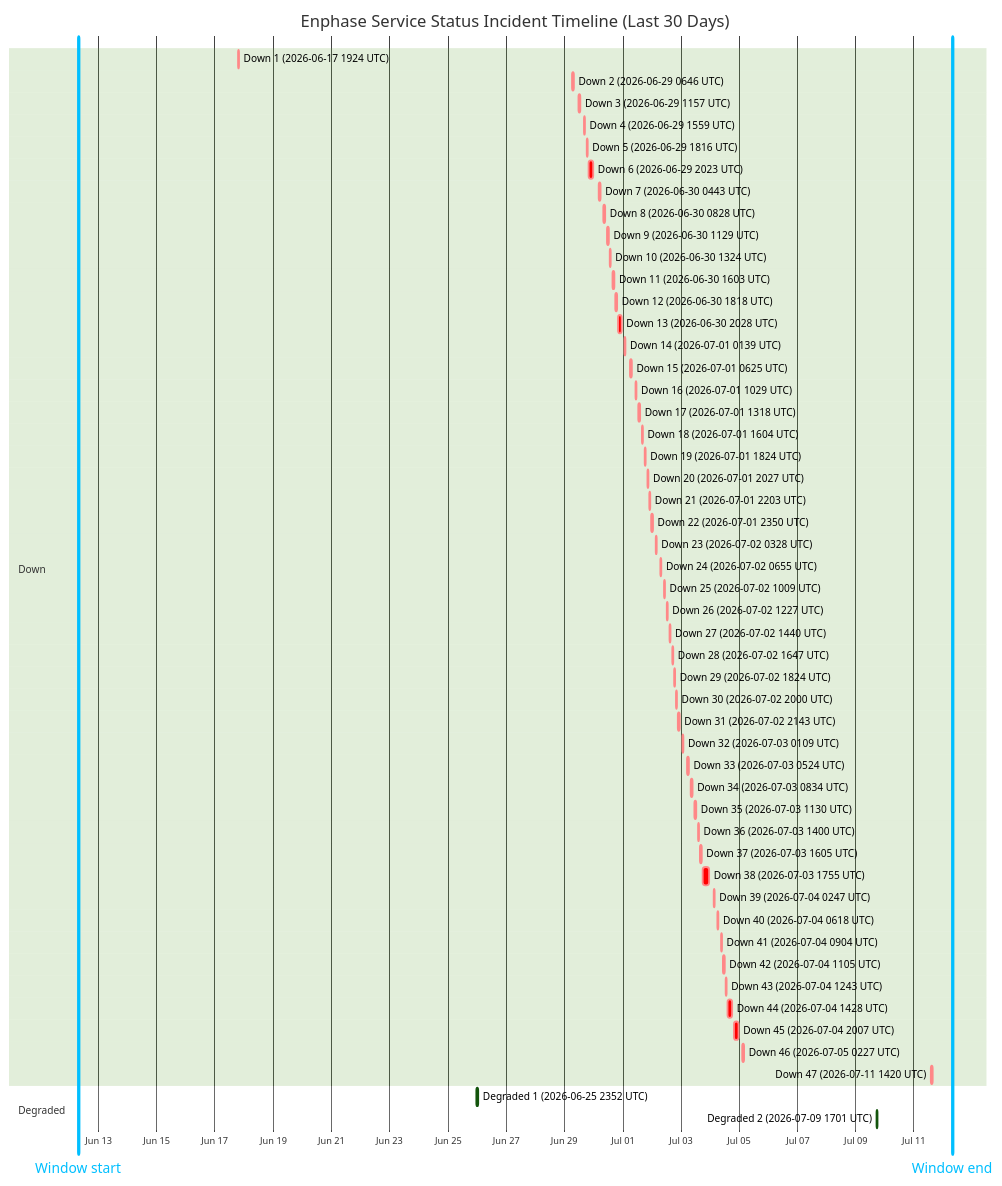
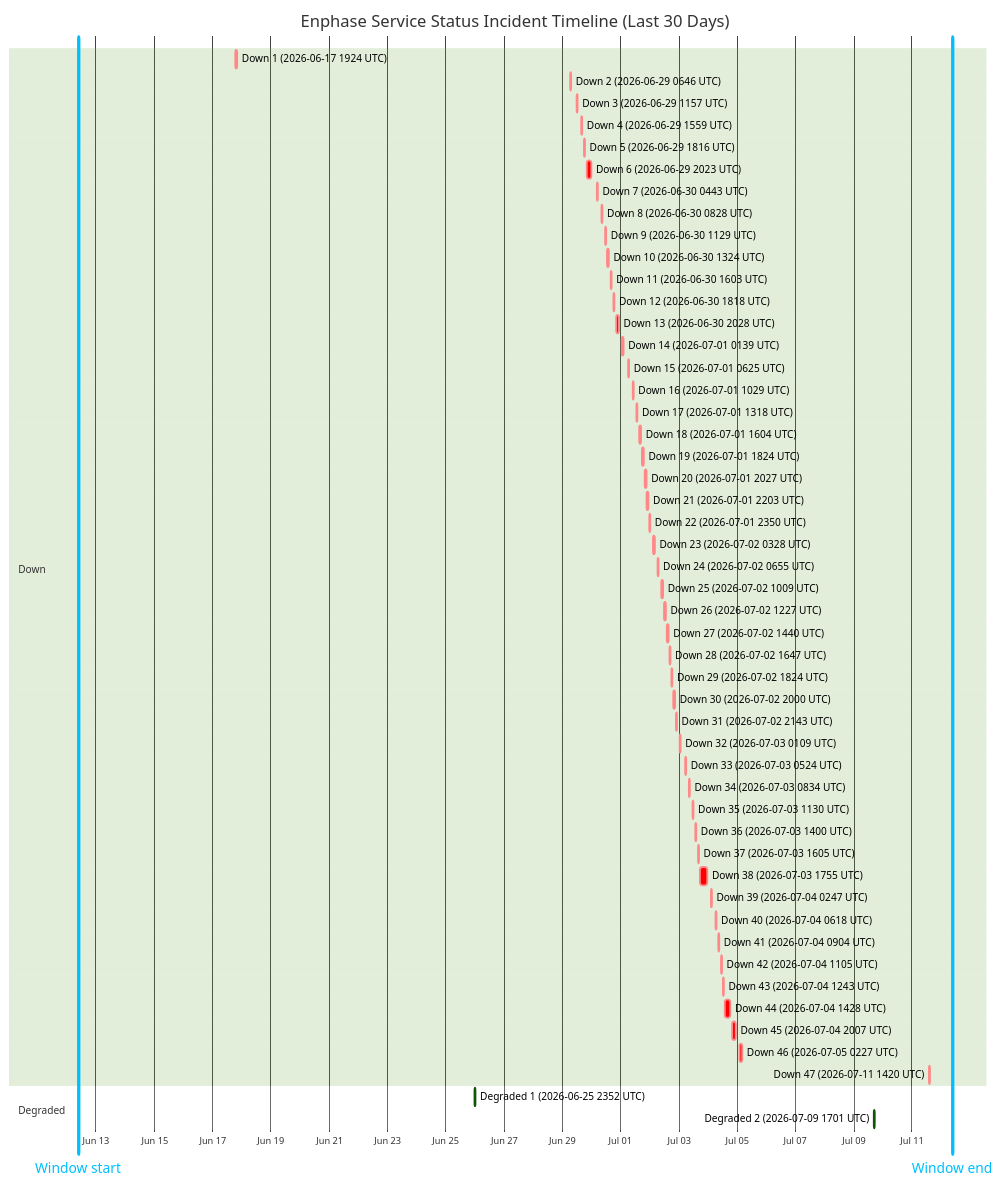
One commit to barneyonline/ha-enphase-energy changed the diagram in wiki/Service-Status-History.md. Above: the diagram before and after it, drawn with Mermaid (forest theme). The commit also changed other lines of this file and 3 other files, not shown here.

````diff
--- a/wiki/Service-Status-History.md
+++ b/wiki/Service-Status-History.md
@@ -14,59 +14,59 @@
 ```mermaid
 gantt
     title Enphase Service Status Incident Timeline (Last 30 Days)
     dateFormat  YYYY-MM-DDTHH:mm:ss
     axisFormat  %b %d
-    Window start :vert, window-start, 2026-06-12T07:27:37, 0ms
-    Window end :vert, window-end, 2026-07-12T07:27:37, 0ms
+    Window start :vert, window-start, 2026-06-12T09:27:12, 0ms
+    Window end :vert, window-end, 2026-07-12T09:27:12, 0ms
     section Down
     Down 1 (2026-06-17 1924 UTC) :crit, down-1, 2026-06-17T19:24:51, 60m
     Down 2 (2026-06-29 0646 UTC) :crit, down-2, 2026-06-29T06:46:18, 60m
     Down 3 (2026-06-29 1157 UTC) :crit, down-3, 2026-06-29T11:57:36, 60m
     Down 4 (2026-06-29 1559 UTC) :crit, down-4, 2026-06-29T15:59:02, 60m
     Down 5 (2026-06-29 1816 UTC) :crit, down-5, 2026-06-29T18:16:38, 60m
     Down 6 (2026-06-29 2023 UTC) :crit, down-6, 2026-06-29T20:23:16, 220m
     Down 7 (2026-06-30 0443 UTC) :crit, down-7, 2026-06-30T04:43:54, 60m
     Down 8 (2026-06-30 0828 UTC) :crit, down-8, 2026-06-30T08:28:43, 60m
     Down 9 (2026-06-30 1129 UTC) :crit, down-9, 2026-06-30T11:29:15, 60m
     Down 10 (2026-06-30 1324 UTC) :crit, down-10, 2026-06-30T13:24:25, 60m
     Down 11 (2026-06-30 1603 UTC) :crit, down-11, 2026-06-30T16:03:26, 60m
     Down 12 (2026-06-30 1818 UTC) :crit, down-12, 2026-06-30T18:18:39, 60m
     Down 13 (2026-06-30 2028 UTC) :crit, down-13, 2026-06-30T20:28:54, 171m
     Down 14 (2026-07-01 0139 UTC) :crit, down-14, 2026-07-01T01:39:18, 60m
     Down 15 (2026-07-01 0625 UTC) :crit, down-15, 2026-07-01T06:25:35, 60m
     Down 16 (2026-07-01 1029 UTC) :crit, down-16, 2026-07-01T10:29:24, 60m
     Down 17 (2026-07-01 1318 UTC) :crit, down-17, 2026-07-01T13:18:31, 60m
     Down 18 (2026-07-01 1604 UTC) :crit, down-18, 2026-07-01T16:04:29, 60m
     Down 19 (2026-07-01 1824 UTC) :crit, down-19, 2026-07-01T18:24:21, 60m
     Down 20 (2026-07-01 2027 UTC) :crit, down-20, 2026-07-01T20:27:17, 60m
     Down 21 (2026-07-01 2203 UTC) :crit, down-21, 2026-07-01T22:03:46, 60m
     Down 22 (2026-07-01 2350 UTC) :crit, down-22, 2026-07-01T23:50:52, 60m
     Down 23 (2026-07-02 0328 UTC) :crit, down-23, 2026-07-02T03:28:33, 60m
     Down 24 (2026-07-02 0655 UTC) :crit, down-24, 2026-07-02T06:55:07, 60m
     Down 25 (2026-07-02 1009 UTC) :crit, down-25, 2026-07-02T10:09:15, 60m
     Down 26 (2026-07-02 1227 UTC) :crit, down-26, 2026-07-02T12:27:49, 60m
     Down 27 (2026-07-02 1440 UTC) :crit, down-27, 2026-07-02T14:40:53, 60m
     Down 28 (2026-07-02 1647 UTC) :crit, down-28, 2026-07-02T16:47:47, 60m
     Down 29 (2026-07-02 1824 UTC) :crit, down-29, 2026-07-02T18:24:26, 60m
     Down 30 (2026-07-02 2000 UTC) :crit, down-30, 2026-07-02T20:00:57, 60m
     Down 31 (2026-07-02 2143 UTC) :crit, down-31, 2026-07-02T21:43:52, 80m
     Down 32 (2026-07-03 0109 UTC) :crit, down-32, 2026-07-03T01:09:19, 60m
     Down 33 (2026-07-03 0524 UTC) :crit, down-33, 2026-07-03T05:24:23, 60m
     Down 34 (2026-07-03 0834 UTC) :crit, down-34, 2026-07-03T08:34:05, 60m
     Down 35 (2026-07-03 1130 UTC) :crit, down-35, 2026-07-03T11:30:41, 60m
     Down 36 (2026-07-03 1400 UTC) :crit, down-36, 2026-07-03T14:00:48, 60m
     Down 37 (2026-07-03 1605 UTC) :crit, down-37, 2026-07-03T16:05:49, 60m
     Down 38 (2026-07-03 1755 UTC) :crit, down-38, 2026-07-03T17:55:54, 338m
     Down 39 (2026-07-04 0247 UTC) :crit, down-39, 2026-07-04T02:47:22, 60m
     Down 40 (2026-07-04 0618 UTC) :crit, down-40, 2026-07-04T06:18:09, 60m
     Down 41 (2026-07-04 0904 UTC) :crit, down-41, 2026-07-04T09:04:41, 60m
     Down 42 (2026-07-04 1105 UTC) :crit, down-42, 2026-07-04T11:05:21, 60m
     Down 43 (2026-07-04 1243 UTC) :crit, down-43, 2026-07-04T12:43:25, 60m
     Down 44 (2026-07-04 1428 UTC) :crit, down-44, 2026-07-04T14:28:07, 243m
     Down 45 (2026-07-04 2007 UTC) :crit, down-45, 2026-07-04T20:07:50, 206m
     Down 46 (2026-07-05 0227 UTC) :crit, down-46, 2026-07-05T02:27:32, 109m
     Down 47 (2026-07-11 1420 UTC) :crit, down-47, 2026-07-11T14:20:54, 69m
     section Degraded
     Degraded 1 (2026-06-25 2352 UTC) :active, degraded-1, 2026-06-25T23:52:01, 60m
     Degraded 2 (2026-07-09 1701 UTC) :active, degraded-2, 2026-07-09T17:01:02, 60m
 ```
````
